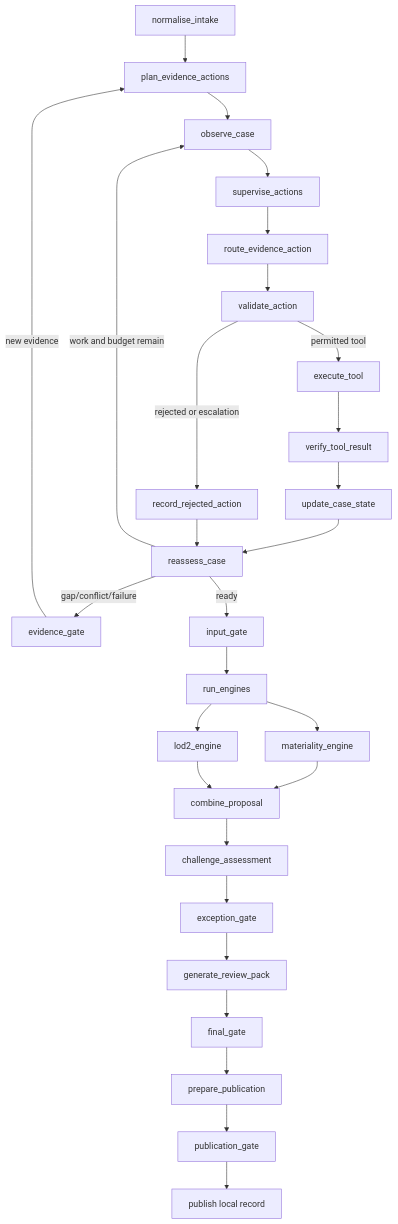
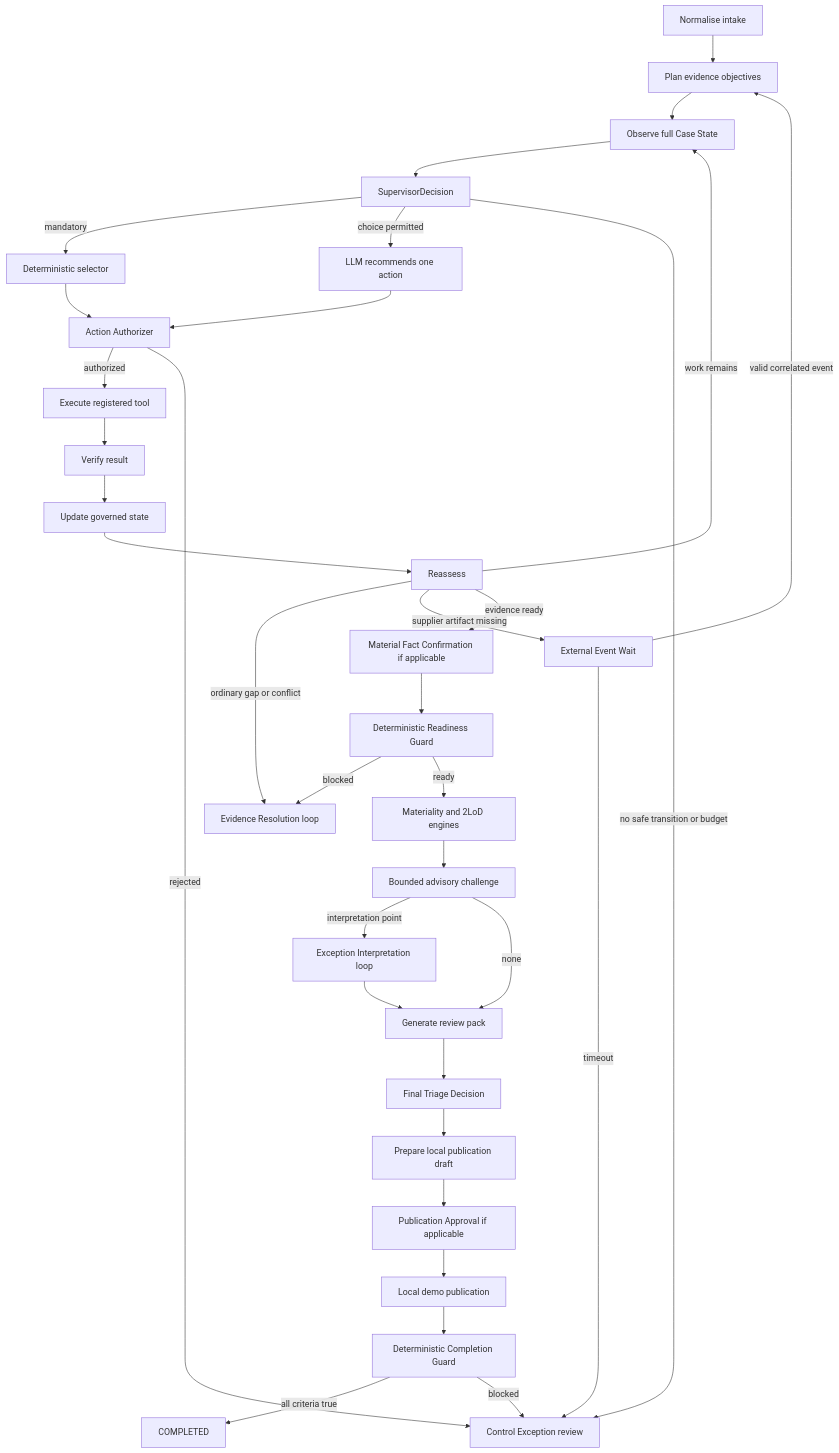
One commit to phd08bl/model_registry_hugging changed the second of 2 diagrams in ai-risk-triage-demo/docs/ARCHITECTURE.md. Above: the diagram before and after it, drawn with Mermaid. The commit also changed other lines of this file and 53 other files, not shown here.

````diff
--- a/ai-risk-triage-demo/docs/ARCHITECTURE.md
+++ b/ai-risk-triage-demo/docs/ARCHITECTURE.md
@@ -46,30 +48,36 @@
 ```mermaid
 flowchart TD
-    N[normalise_intake] --> P[plan_evidence_actions]
-    P --> O[observe_case]
-    O --> S[supervise_actions]
-    S --> R[route_evidence_action]
-    R --> A[validate_action]
-    A -->|permitted tool| X[execute_tool]
-    A -->|rejected or escalation| J[record_rejected_action]
-    X --> V[verify_tool_result]
-    V --> U[update_case_state]
-    U --> Q[reassess_case]
-    J --> Q
-    Q -->|work and budget remain| O
-    Q -->|gap/conflict/failure| E[evidence_gate]
-    Q -->|ready| I[input_gate]
-    E -->|new evidence| P
-    I --> F[run_engines]
-    F --> M[materiality_engine]
-    F --> L[lod2_engine]
-    M --> C[combine_proposal]
-    L --> C
-    C --> H[challenge_assessment]
-    H --> G3[exception_gate]
-    G3 --> RP[generate_review_pack]
-    RP --> G4[final_gate]
-    G4 --> PD[prepare_publication]
-    PD --> G5[publication_gate]
-    G5 --> Z[publish local record]
+    I[Normalise intake] --> P[Plan evidence objectives]
+    P --> O[Observe full Case State]
+    O --> S[SupervisorDecision]
+    S -->|mandatory| D[Deterministic selector]
+    S -->|choice permitted| L[LLM recommends one action]
+    D --> A[Action Authorizer]
+    L --> A
+    A -->|authorized| T[Execute registered tool]
+    T --> V[Verify result]
+    V --> U[Update governed state]
+    U --> R[Reassess]
+    R -->|work remains| O
+    R -->|ordinary gap or conflict| G1[Evidence Resolution loop]
+    R -->|supplier artifact missing| E[External Event Wait]
+    E -->|valid correlated event| P
+    E -->|timeout| C[Control Exception review]
+    A -->|rejected| C
+    S -->|no safe transition or budget| C
+    R -->|evidence ready| G2[Material Fact Confirmation if applicable]
+    G2 --> Q[Deterministic Readiness Guard]
+    Q -->|blocked| G1
+    Q -->|ready| M[Materiality and 2LoD engines]
+    M --> H[Bounded advisory challenge]
+    H -->|interpretation point| G3[Exception Interpretation loop]
+    H -->|none| RP[Generate review pack]
+    G3 --> RP
+    RP --> G4[Final Triage Decision]
+    G4 --> PD[Prepare local publication draft]
+    PD --> G5[Publication Approval if applicable]
+    G5 --> PUB[Local demo publication]
+    PUB --> END[Deterministic Completion Guard]
+    END -->|all criteria true| DONE[COMPLETED]
+    END -->|blocked| C
 ```
````
